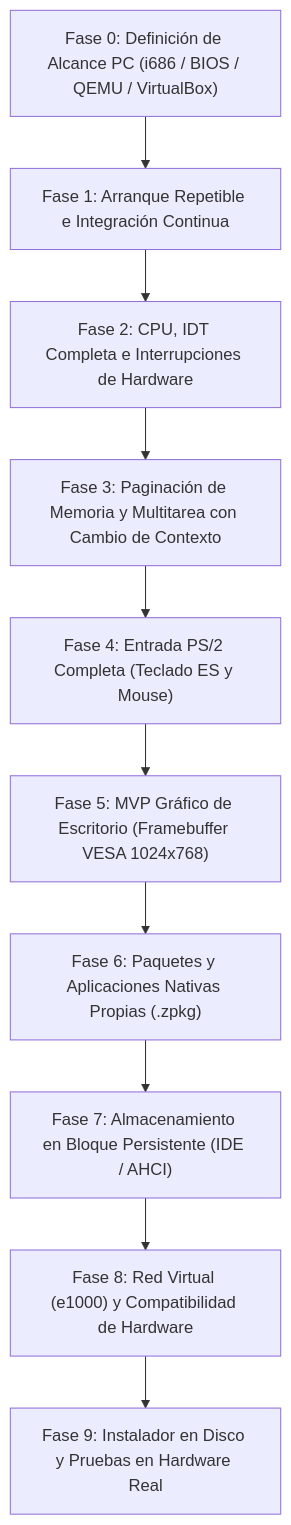
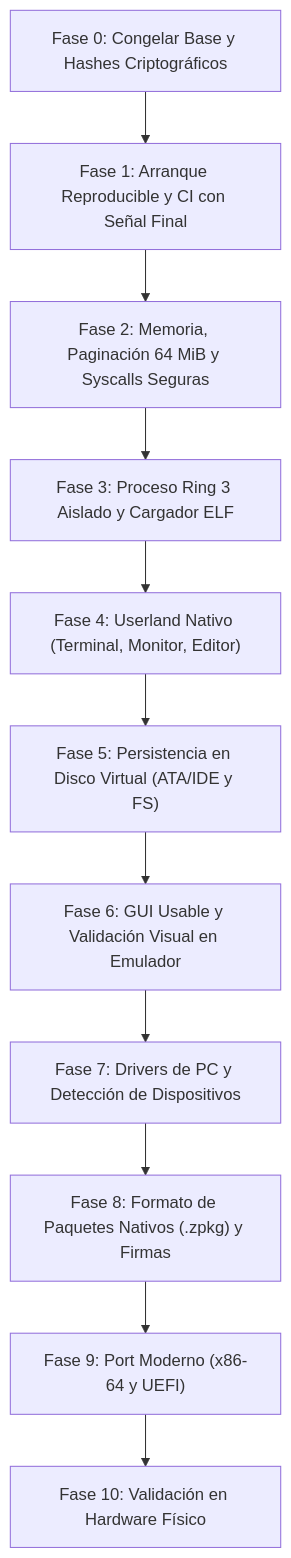
One commit to Camila-Ianni/Zenthra changed the diagram in docs/ROADMAP.md. Above: the diagram before and after it, drawn with Mermaid. The commit also changed other lines of this file and 10 other files, not shown here.

Commit message:
fix(v14): lectura segura userland strnlen_user, ABI SYS_WRITE, 64 MiB VMM y senal ZENTHRA_QEMU_TEST_COMPLETE

````diff
--- a/docs/ROADMAP.md
+++ b/docs/ROADMAP.md
@@ -10,12 +10,13 @@
 ```mermaid
 flowchart TD
-    F0["Fase 0: Definición de Alcance PC (i686 / BIOS / QEMU / VirtualBox)"] --> F1["Fase 1: Arranque Repetible e Integración Continua"]
-    F1 --> F2["Fase 2: CPU, IDT Completa e Interrupciones de Hardware"]
-    F2 --> F3["Fase 3: Paginación de Memoria y Multitarea con Cambio de Contexto"]
-    F3 --> F4["Fase 4: Entrada PS/2 Completa (Teclado ES y Mouse)"]
-    F4 --> F5["Fase 5: MVP Gráfico de Escritorio (Framebuffer VESA 1024x768)"]
-    F5 --> F6["Fase 6: Paquetes y Aplicaciones Nativas Propias (.zpkg)"]
-    F6 --> F7["Fase 7: Almacenamiento en Bloque Persistente (IDE / AHCI)"]
-    F7 --> F8["Fase 8: Red Virtual (e1000) y Compatibilidad de Hardware"]
-    F8 --> F9["Fase 9: Instalador en Disco y Pruebas en Hardware Real"]
+    F0["Fase 0: Congelar Base y Hashes Criptográficos"] --> F1["Fase 1: Arranque Reproducible y CI con Señal Final"]
+    F1 --> F2["Fase 2: Memoria, Paginación 64 MiB y Syscalls Seguras"]
+    F2 --> F3["Fase 3: Proceso Ring 3 Aislado y Cargador ELF"]
+    F3 --> F4["Fase 4: Userland Nativo (Terminal, Monitor, Editor)"]
+    F4 --> F5["Fase 5: Persistencia en Disco Virtual (ATA/IDE y FS)"]
+    F5 --> F6["Fase 6: GUI Usable y Validación Visual en Emulador"]
+    F6 --> F7["Fase 7: Drivers de PC y Detección de Dispositivos"]
+    F7 --> F8["Fase 8: Formato de Paquetes Nativos (.zpkg) y Firmas"]
+    F8 --> F9["Fase 9: Port Moderno (x86-64 y UEFI)"]
+    F9 --> F10["Fase 10: Validación en Hardware Físico"]
 ```
````
